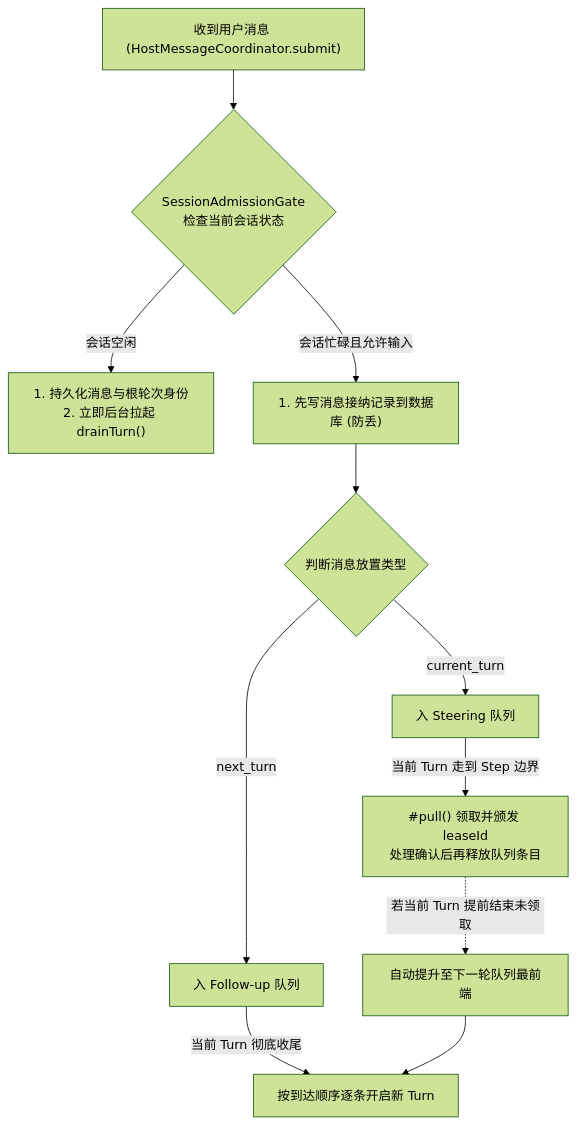
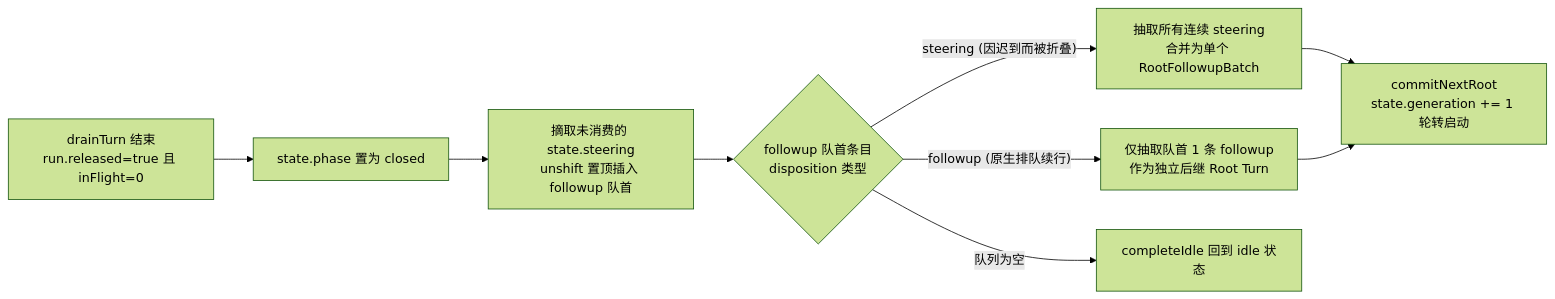
Before and after one commit to suger-m/agent-infrastructure-docs: the third of 3 diagrams in maka-agent-infra/05-coordination/queues-and-admission.md, drawn with Mermaid (forest theme). The commit also changed other lines of this file and 31 other files, not shown here.

````diff
--- a/maka-agent-infra/05-coordination/queues-and-admission.md
+++ b/maka-agent-infra/05-coordination/queues-and-admission.md
@@ -30,18 +234,11 @@
 ```mermaid
-flowchart TD
-    Msg["收到用户消息 (HostMessageCoordinator.submit)"] --> Gate{"SessionAdmissionGate<br/>检查当前会话状态"}
-    
-    Gate -->|会话空闲| StartNow["1. 持久化消息与根轮次身份<br/>2. 立即后台拉起 drainTurn()"]
-    
-    Gate -->|会话忙碌且允许输入| Persist["1. 先写消息接纳记录到数据库 (防丢)"]
-    Persist --> Kind{"判断消息放置类型"}
-    
-    Kind -->|current_turn| SteerQ["入 Steering 队列"]
-    Kind -->|next_turn| FollowQ["入 Follow-up 队列"]
-    
-    SteerQ -->|当前 Turn 走到 Step 边界| Pull["#pull() 领取并颁发 leaseId<br/>处理确认后再释放队列条目"]
-    Pull -.->|若当前 Turn 提前结束未领取| Promote["自动提升至下一轮队列最前端"]
-    
-    FollowQ -->|当前 Turn 彻底收尾| NextTurn["按到达顺序逐条开启新 Turn"]
-    Promote --> NextTurn
+flowchart LR
+    EndTurn["drainTurn 结束<br/>run.released=true 且 inFlight=0"] --> ClosePhase["state.phase 置为 closed"]
+    ClosePhase --> Fold["摘取未消费的 state.steering<br/>unshift 置顶插入 followup 队首"]
+    Fold --> CheckHead{"followup 队首条目<br/>disposition 类型"}
+    CheckHead -->|"steering (因迟到而被折叠)"| BatchSteering["抽取所有连续 steering<br/>合并为单个 RootFollowupBatch"]
+    CheckHead -->|"followup (原生排队续行)"| SingleFollowup["仅抽取队首 1 条 followup<br/>作为独立后继 Root Turn"]
+    CheckHead -->|"队列为空"| Idle["completeIdle 回到 idle 状态"]
+    BatchSteering --> BumpGen["commitNextRoot<br/>state.generation += 1 轮转启动"]
+    SingleFollowup --> BumpGen
 ```
````
